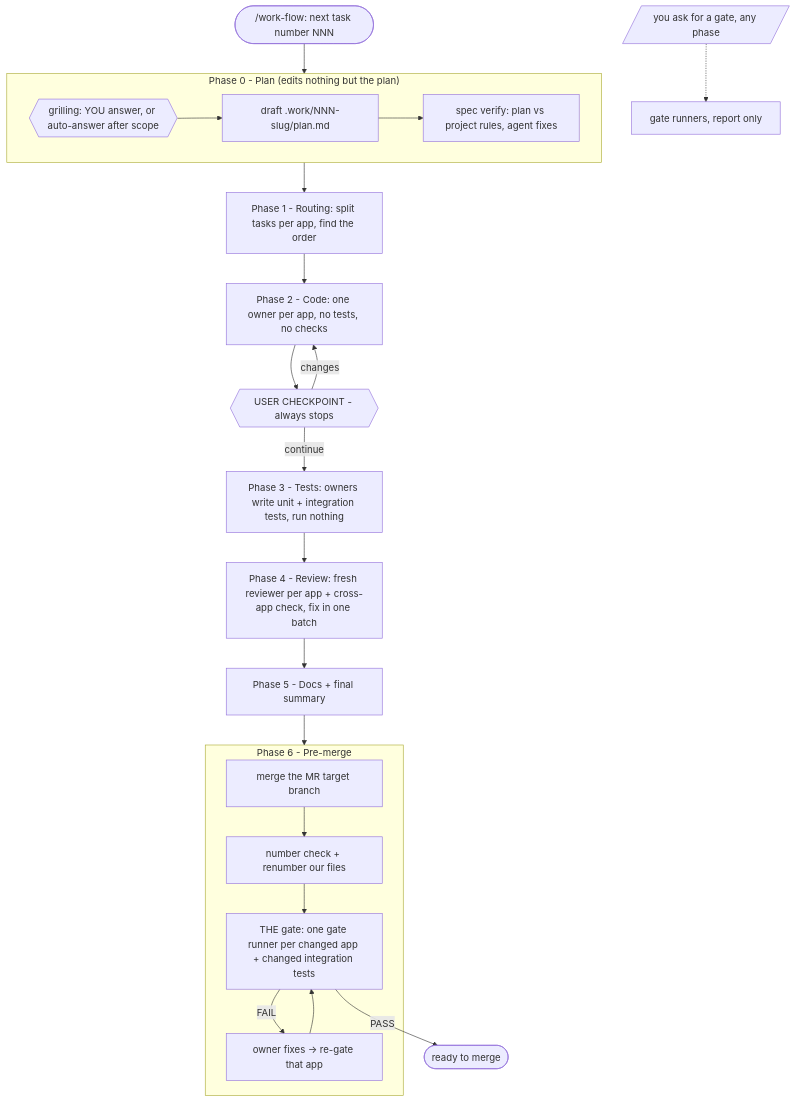
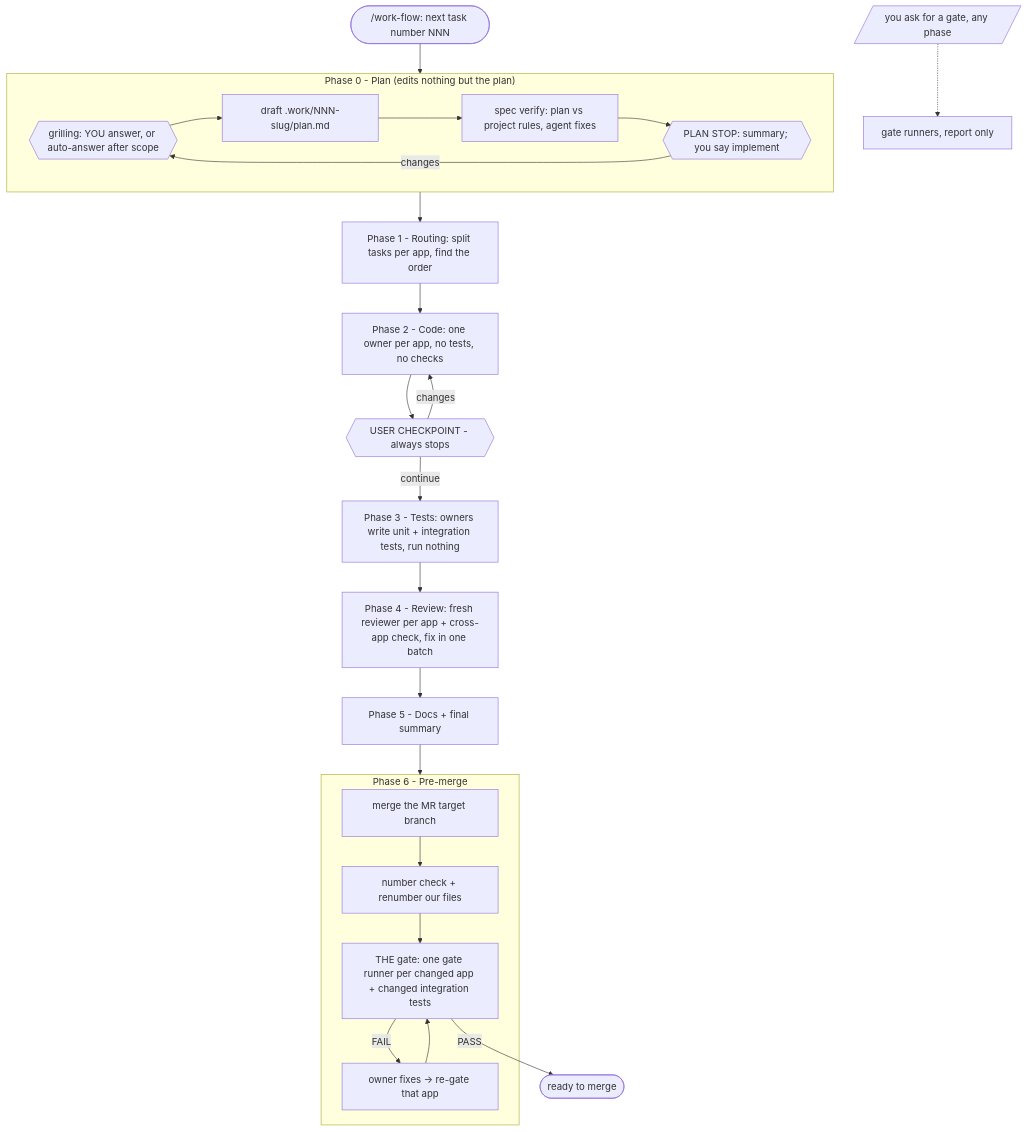
Before and after one commit to naphatwx/naphatwx-tools: the diagram in plugins/naphatwx-tools/skills/work-flow/README.md, drawn with Mermaid. The commit also changed other lines of this file and 7 other files, not shown here.

````diff
--- a/plugins/naphatwx-tools/skills/work-flow/README.md
+++ b/plugins/naphatwx-tools/skills/work-flow/README.md
@@ -22,27 +22,29 @@
 ```mermaid
 flowchart TD
     START([/work-flow: next task number NNN]) --> P0
     subgraph P0["Phase 0 - Plan (edits nothing but the plan)"]
         GR{{grilling: YOU answer, or auto-answer after scope}} --> DR[draft .work/NNN-slug/plan.md]
         DR --> VER[spec verify: plan vs project rules, agent fixes]
+        VER --> PS{{PLAN STOP: summary; you say implement}}
+        PS -->|changes| GR
     end
 
     P0 --> P1[Phase 1 - Routing: split tasks per app, find the order]
     P1 --> P2[Phase 2 - Code: one owner per app, no tests, no checks]
     P2 --> CP{{USER CHECKPOINT - always stops}}
     CP -->|changes| P2
     CP -->|continue| P3[Phase 3 - Tests: owners write unit + integration tests, run nothing]
     P3 --> P4[Phase 4 - Review: fresh reviewer per app + cross-app check, fix in one batch]
     P4 --> P5[Phase 5 - Docs + final summary]
     P5 --> P6
 
     subgraph P6["Phase 6 - Pre-merge"]
         M[merge the MR target branch] --> N[number check + renumber our files]
         N --> G[THE gate: one gate runner per changed app + changed integration tests]
         G -->|FAIL| F[owner fixes → re-gate that app]
         F --> G
     end
 
     G -->|PASS| DONE([ready to merge])
     ASK[/you ask for a gate, any phase/] -.-> ON[gate runners, report only]
 ```
````
